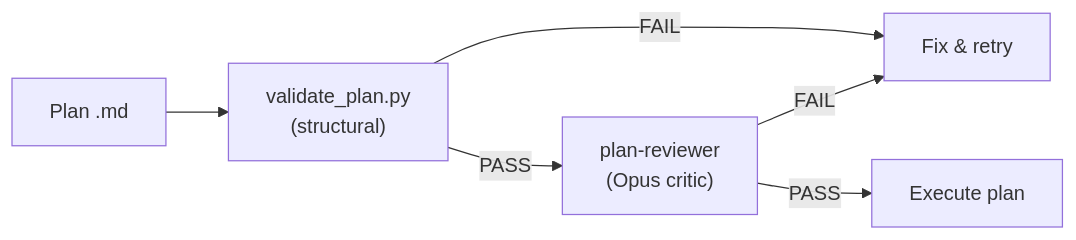
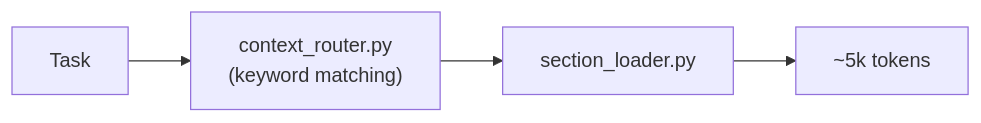
One commit to a-simeshin/claude-code-hooks-mastery changed the second of 2 diagrams in README.md. Above: the diagram before and after it, drawn with Mermaid. The commit also changed other lines of this file, not shown here.

````diff
--- a/README.md
+++ b/README.md
@@ -104,8 +73,6 @@
 ```mermaid
 flowchart LR
-    A[Plan .md] --> B["validate_plan.py<br/>(structural)"]
-    B -->|FAIL| C[Fix & retry]
-    B -->|PASS| D["plan-reviewer<br/>(Opus critic)"]
-    D -->|FAIL| C
-    D -->|PASS| E[Execute plan]
+    A[Task] --> B["context_router.py<br/>(keyword matching)"]
+    B --> C["section_loader.py"]
+    C --> D["~5k tokens"]
 ```
````
